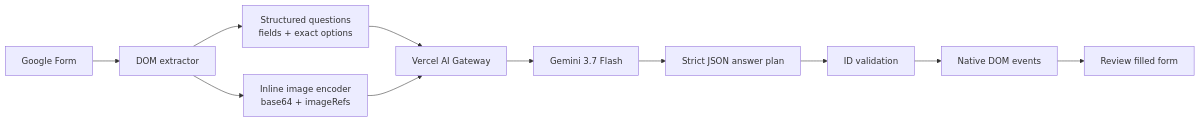
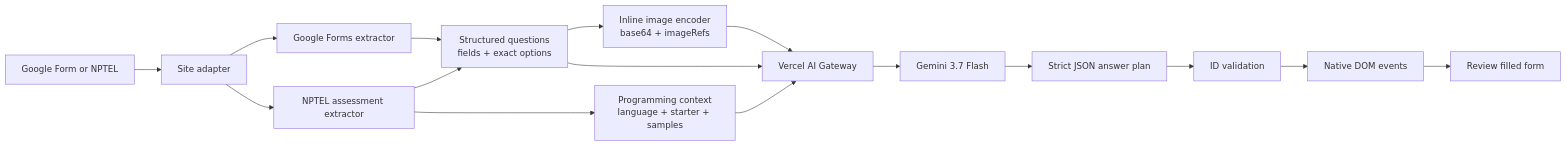
One commit to Kushalkhemka/ai-gateway-google-forms changed the diagram in README.md. Above: the diagram before and after it, drawn with Mermaid. The commit also changed other lines of this file and 10 other files, not shown here.

Commit message:
feat: add NPTEL assessment support

````diff
--- a/README.md
+++ b/README.md
@@ -45,13 +54,18 @@
 ```mermaid
 flowchart LR
-    A[Google Form] --> B[DOM extractor]
-    B --> C[Structured questions<br/>fields + exact options]
-    B --> D[Inline image encoder<br/>base64 + imageRefs]
+    A[Google Form or NPTEL] --> B[Site adapter]
+    B --> C1[Google Forms extractor]
+    B --> C2[NPTEL assessment extractor]
+    C1 --> C[Structured questions<br/>fields + exact options]
+    C2 --> C
+    C2 --> K[Programming context<br/>language + starter + samples]
+    C --> D[Inline image encoder<br/>base64 + imageRefs]
     C --> E[Vercel AI Gateway]
+    K --> E
     D --> E
     E --> F[Gemini 3.7 Flash]
     F --> G[Strict JSON answer plan]
     G --> H[ID validation]
     H --> I[Native DOM events]
     I --> J[Review filled form]
 ```
````
